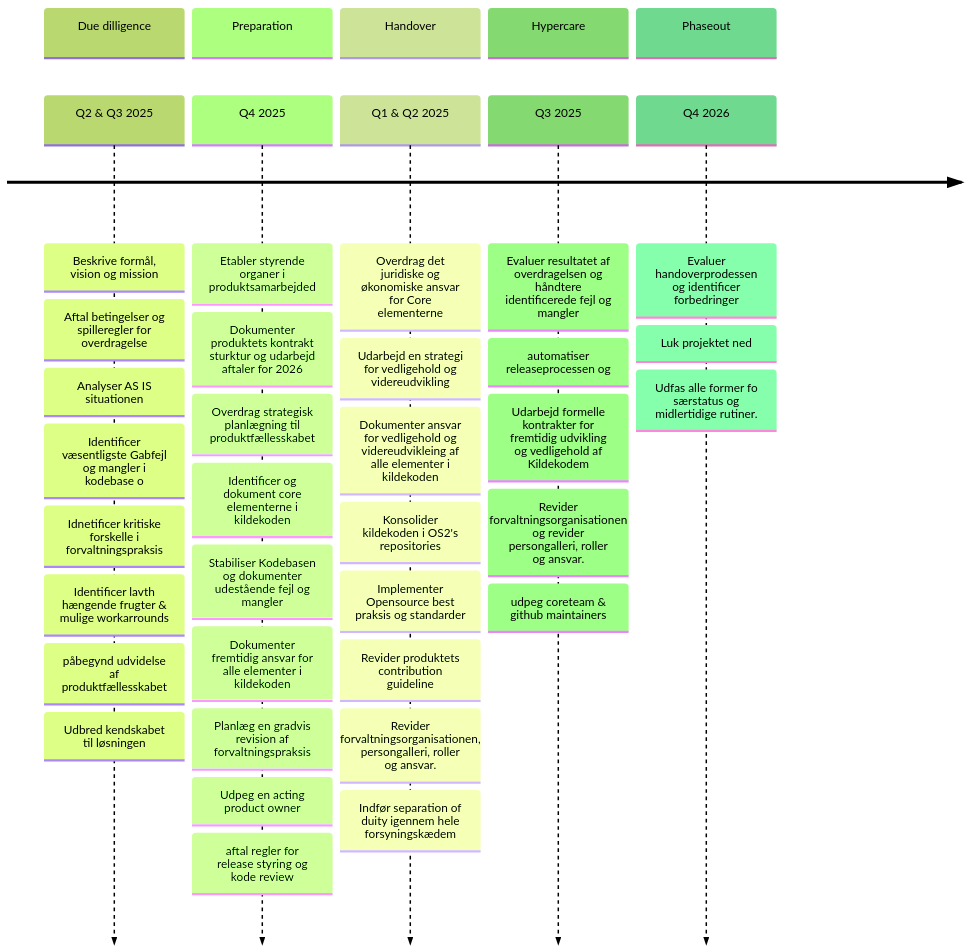
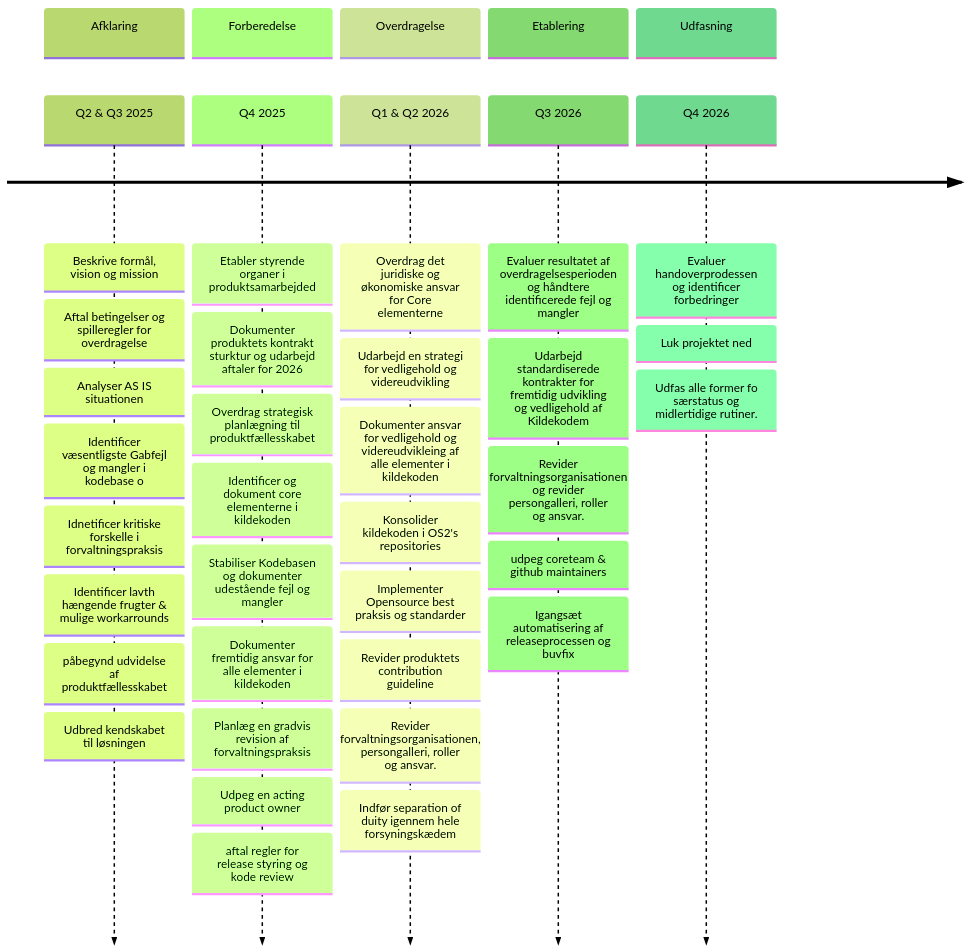
The second of 2 diagrams in docs/Produktspecifikke-anvisninger/OS2display/OS2display_handover.md (ChatBotBerg/OS2produktmodning), drawn with Mermaid before and after one commit. The commit also changed other lines of this file, not shown here.

Commit message:
Revise OS2display handover documentation
Updated the handover process documentation with new sections and timelines, translating terms to Danish and adjusting the structure for clarity.

````diff
--- a/docs/Produktspecifikke-anvisninger/OS2display/OS2display_handover.md
+++ b/docs/Produktspecifikke-anvisninger/OS2display/OS2display_handover.md
@@ -83,46 +78,46 @@
 ```mermaid
 %% Help: Milestones are displayed using Mermaid timeline syntax. Please include a section for each milestone and identify all tasks releated to reaching the goal.
 %% Mermaid documentation for timeline syntax: https://mermaid.js.org/syntax/timeline.html
 %%{init: { 'theme': 'forest', 'timeline': {'disableMulticolor': true}}}%%
 timeline
-    section Due dilligence
+    section Afklaring
       Q2 & Q3 2025 : Beskrive formål, vision og mission
                    : Aftal betingelser og spilleregler for overdragelse
                    : Analyser AS IS situationen
                    : Identificer væsentligste Gabfejl og mangler i kodebase o
                    : Idnetificer kritiske forskelle i forvaltningspraksis
                    : Identificer lavth hængende frugter & mulige workarrounds
                    : påbegynd udvidelse af produktfællesskabet
                    : Udbred kendskabet til løsningen
-    section Preparation
+    section Forberedelse
       Q4 2025      : Etabler styrende organer i produktsamarbejded
                    : Dokumenter produktets kontrakt sturktur og udarbejd aftaler for 2026
                    : Overdrag strategisk planlægning til produktfællesskabet
                    : Identificer og dokument core elementerne i kildekoden
                    : Stabiliser Kodebasen og dokumenter udestående fejl og mangler
                    : Dokumenter fremtidig ansvar for alle elementer i kildekoden
                    : Planlæg en gradvis revision af forvaltningspraksis 
                    : Udpeg en acting product owner 
                    : aftal regler for release styring og kode review
-    section Handover
-      Q1 & Q2 2025  : Overdrag det juridiske og økonomiske ansvar for Core elementerne
+    section Overdragelse
+      Q1 & Q2 2026  : Overdrag det juridiske og økonomiske ansvar for Core elementerne
               : Udarbejd en strategi for vedligehold og videreudvikling
               : Dokumenter ansvar for vedligehold og videreudvikleing af alle elementer i kildekoden
               : Konsolider kildekoden i OS2's repositories
               : Implementer Opensource best praksis og standarder
               : Revider produktets contribution guideline
               : Revider forvaltningsorganisationen, persongalleri, roller og ansvar. 
               : Indfør separation of duity igennem hele forsyningskædem
-    section Hypercare
-      Q3 2025 : Evaluer resultatet af overdragelsen og håndtere identificerede fejl og mangler
-              : automatiser releaseprocessen og 
-              : Udarbejd formelle kontrakter for fremtidig udvikling og vedligehold af Kildekodem
-              : Revider forvaltningsorganisationen og revider persongalleri, roller og ansvar. 
+    section Etablering
+      Q3 2026 : Evaluer resultatet af overdragelsesperioden og håndtere identificerede fejl og mangler
+              : Udarbejd standardiserede kontrakter for fremtidig udvikling og vedligehold af Kildekodem
+              : Revider forvaltningsorganisationen og revider persongalleri, roller og ansvar.
               : udpeg coreteam & github maintainers
+              : Igangsæt automatisering af releaseprocessen og buvfix  
 
-    section Phaseout
+    section Udfasning
       Q4 2026 : Evaluer handoverprodessen og identificer forbedringer
               : Luk projektet ned
               : Udfas alle former fo særstatus og midlertidige rutiner. 
 
 ```
````
